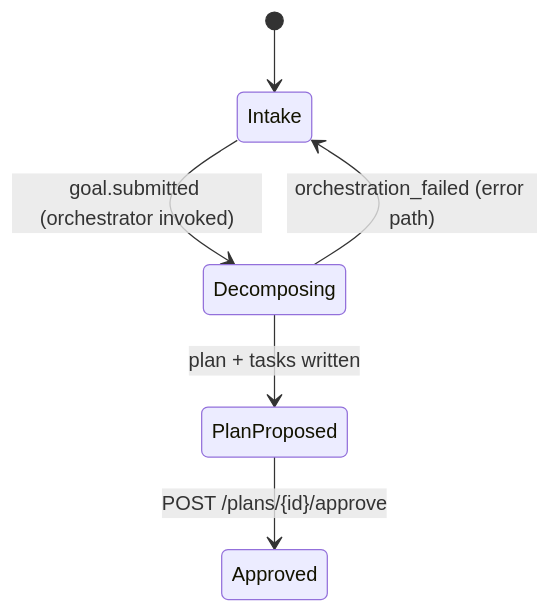
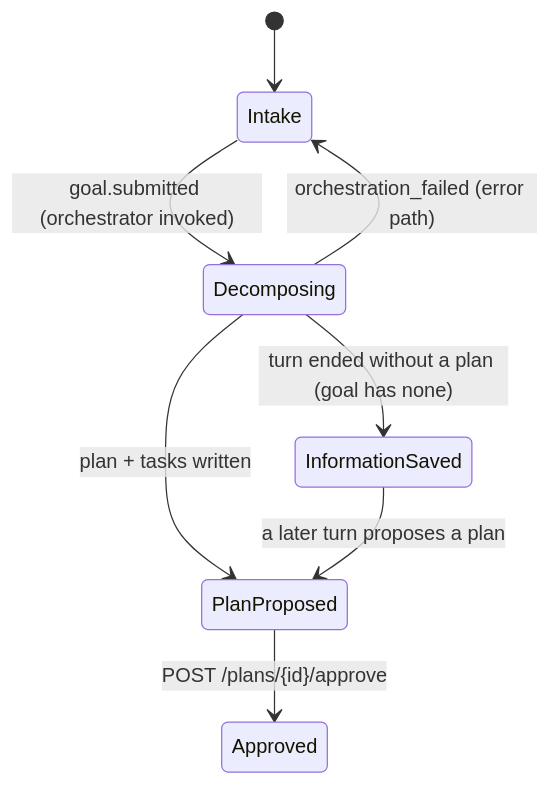
Before and after one commit to prashant-baj/tendril: the ninth of 9 diagrams in docs/architecture/architecture.md, drawn with Mermaid. The commit also changed other lines of this file and 14 other files, not shown here.

Commit message:
feat: implement goal status `InformationSaved` for turns that need no plan

````diff
--- a/docs/architecture/architecture.md
+++ b/docs/architecture/architecture.md
@@ -427,8 +427,10 @@
 ```mermaid
 stateDiagram-v2
   [*] --> Intake
   Intake --> Decomposing: goal.submitted (orchestrator invoked)
   Decomposing --> PlanProposed: plan + tasks written
+  Decomposing --> InformationSaved: turn ended without a plan (goal has none)
+  InformationSaved --> PlanProposed: a later turn proposes a plan
   PlanProposed --> Approved: POST /plans/{id}/approve
   Decomposing --> Intake: orchestration_failed (error path)
 ```
````
